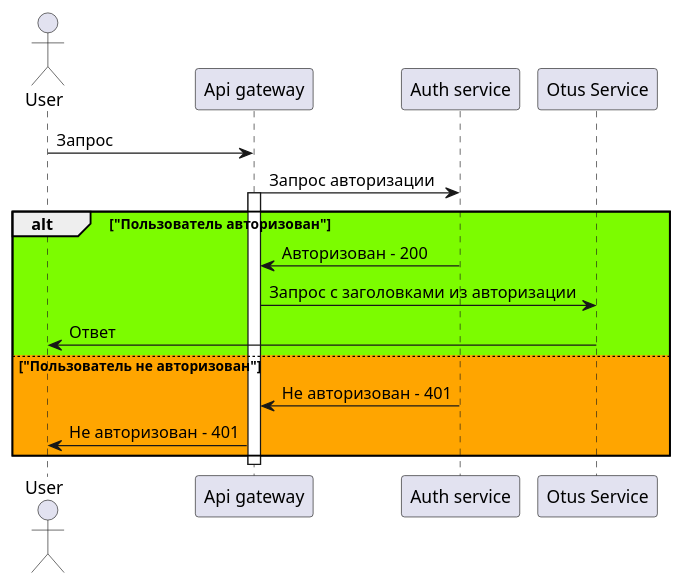
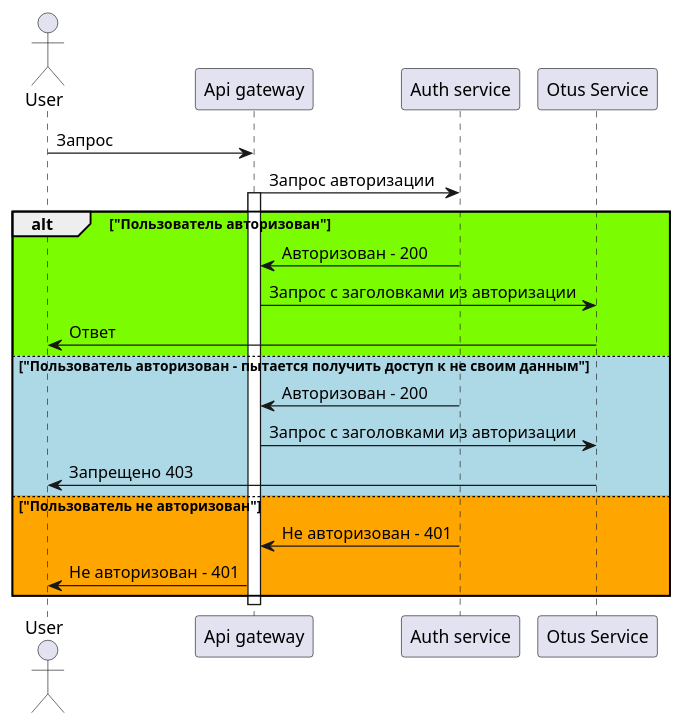
One commit to Evgeniya-Ushakova/otus changed the diagram in src/main/resources/static/forward-auth.puml. Above: the diagram before and after it, drawn with PlantUML.

Commit message:
OTUS-5 - forwardAuth uml

```diff
--- a/src/main/resources/static/forward-auth.puml
+++ b/src/main/resources/static/forward-auth.puml
@@ -1,29 +1,35 @@
 @startuml
 'https://plantuml.com/sequence-diagram
 
 actor User
 participant "Api gateway"
 participant "Auth service"
 participant "Otus Service"
 
 User -> "Api gateway" : Запрос
 
 "Api gateway" -> "Auth service" : Запрос авторизации
 activate "Api gateway"
 
 alt #LawnGreen "Пользователь авторизован"
 
 "Auth service" -> "Api gateway" : Авторизован - 200
 "Api gateway" -> "Otus Service" : Запрос с заголовками из авторизации
 "Otus Service" -> "User" : Ответ
 
+else #LightBlue "Пользователь авторизован - пытается получить доступ к не своим данным"
+
+"Auth service" -> "Api gateway" : Авторизован - 200
+"Api gateway" -> "Otus Service" : Запрос с заголовками из авторизации
+"Otus Service" -> "User" : Запрещено 403
+
 else #Orange "Пользователь не авторизован"
 
 "Auth service" -> "Api gateway" : Не авторизован - 401
 "Api gateway" -> User : Не авторизован - 401
 
 end
 
 deactivate "Api gateway"
 
 @enduml
```
